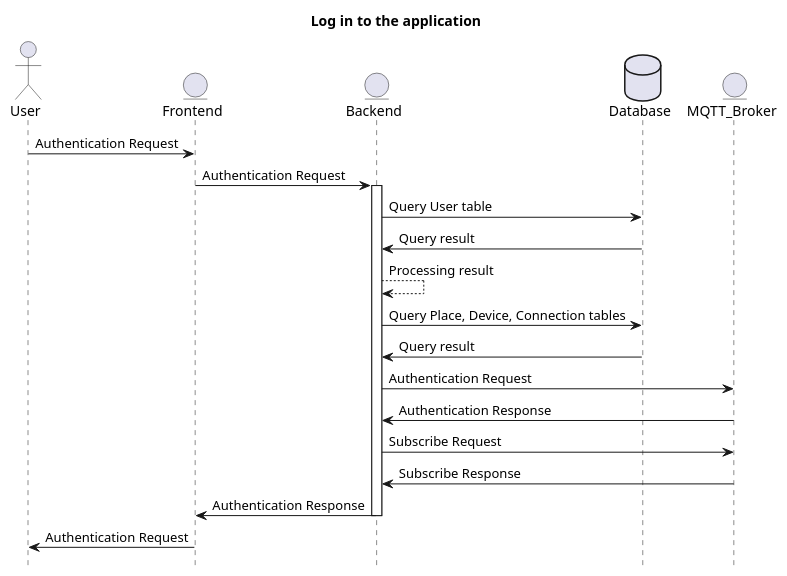
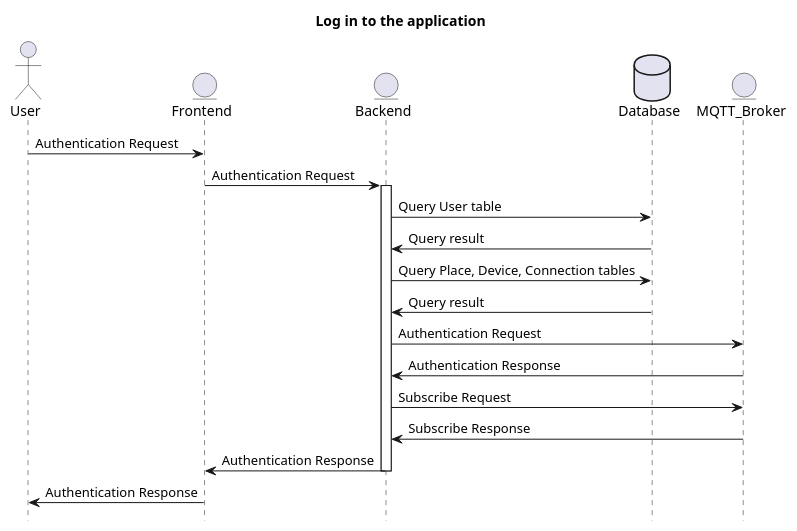
One commit to hectorgastaminza/Iot changed the diagram in comiot/Diagrams/DSeqLogin.puml. Above: the diagram before and after it, drawn with PlantUML. The commit also changed 1 other file, not shown here.

```diff
--- a/comiot/Diagrams/DSeqLogin.puml
+++ b/comiot/Diagrams/DSeqLogin.puml
@@ -1,24 +1,23 @@
 @startuml
 hide footbox
 title Log in to the application
 actor User
 entity Frontend
 entity Backend
 database Database
 entity MQTT_Broker
 User -> Frontend: Authentication Request
 Frontend -> Backend: Authentication Request
 activate Backend
 Backend -> Database: Query User table
 Database -> Backend: Query result
-Backend --> Backend: Processing result
 Backend -> Database: Query Place, Device, Connection tables
 Database -> Backend: Query result
 Backend -> MQTT_Broker : Authentication Request
 MQTT_Broker  -> Backend : Authentication Response
 Backend -> MQTT_Broker : Subscribe Request
 MQTT_Broker  -> Backend : Subscribe Response
 Backend -> Frontend: Authentication Response
 deactivate Backend
-Frontend -> User: Authentication Request
+Frontend -> User: Authentication Response
 @enduml
```
